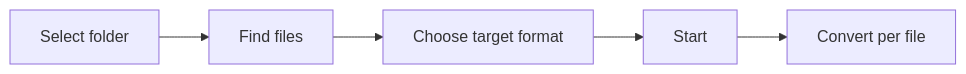
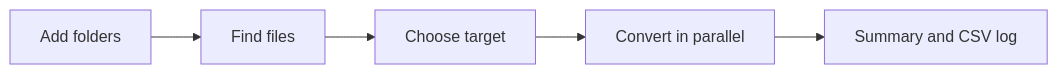
The diagram in README.md (Senci/audio-konverter), drawn with Mermaid before and after one commit. The commit also changed other lines of this file and 41 other files, not shown here.

````diff
--- a/README.md
+++ b/README.md
@@ -7,4 +7,4 @@
 ```mermaid
 flowchart LR
-    A["Select folder"] --> B["Find files"] --> C["Choose target format"] --> D["Start"] --> E["Convert per file"]
+    A["Add folders"] --> B["Find files"] --> C["Choose target"] --> D["Convert in parallel"] --> E["Summary and CSV log"]
 ```
````
